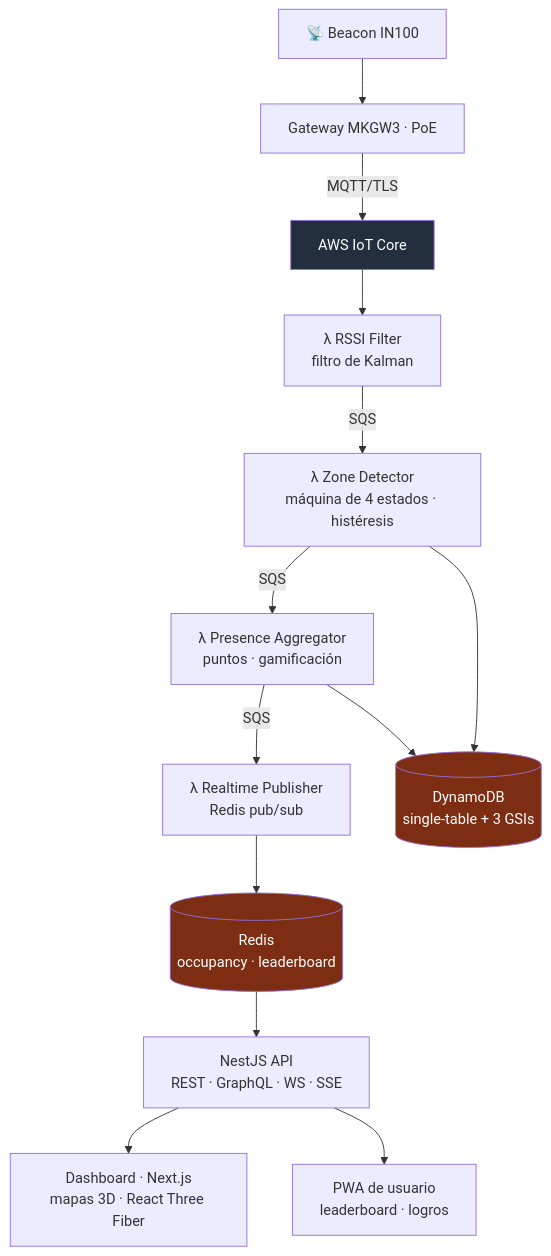
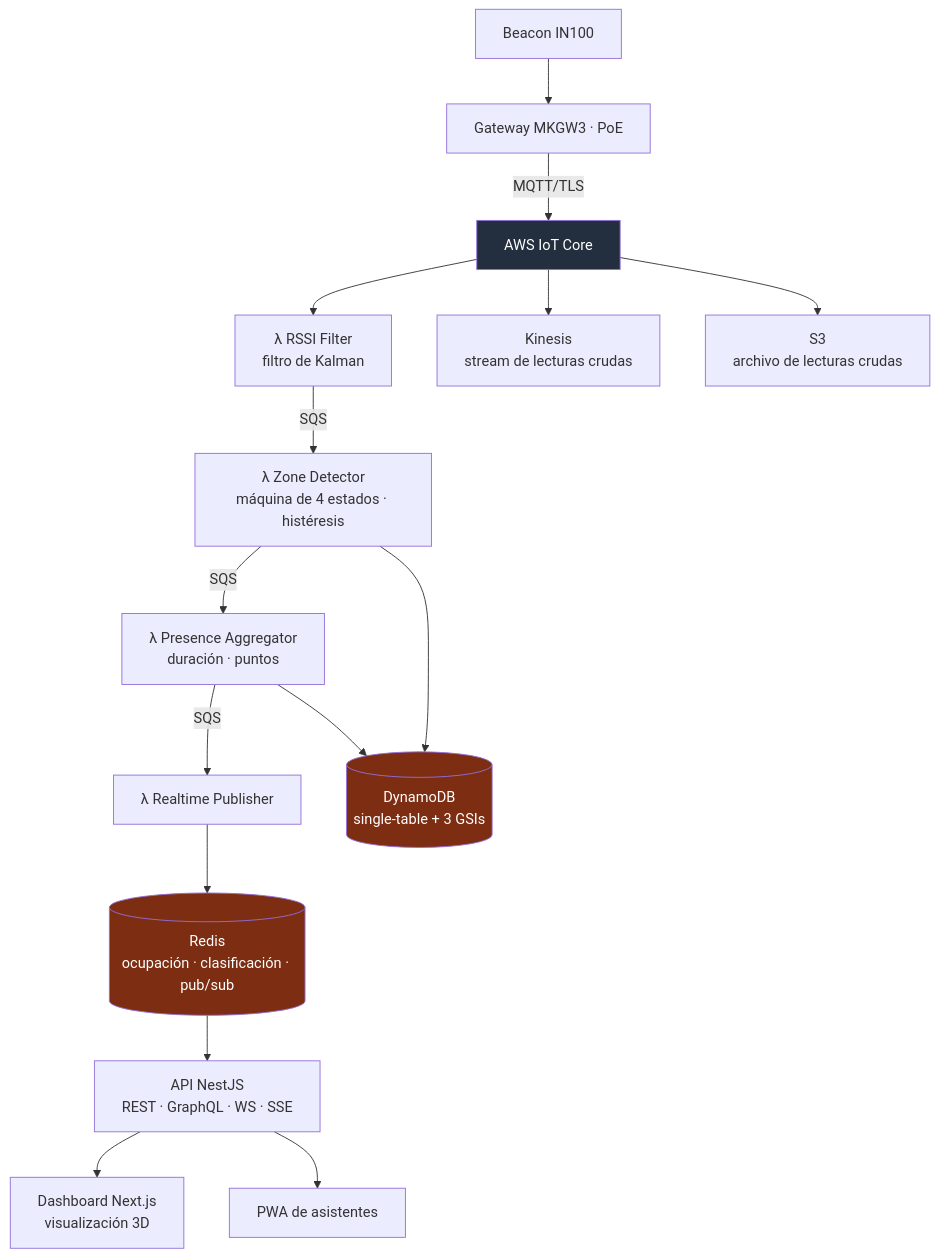
One commit to aleglope/production-systems-case-studies changed the diagram in projects/ble-presence.es.md. Above: the diagram before and after it, drawn with Mermaid. The commit also changed other lines of this file and 25 other files, not shown here.

````diff
--- a/projects/ble-presence.es.md
+++ b/projects/ble-presence.es.md
@@ -21,20 +27,21 @@
 ```mermaid
 flowchart TB
-    BLE["📡 Beacon IN100"] --> GW["Gateway MKGW3 · PoE"]
+    BLE["Beacon IN100"] --> GW["Gateway MKGW3 · PoE"]
     GW -- "MQTT/TLS" --> IOT["AWS IoT Core"]
     IOT --> L1["λ RSSI Filter<br/>filtro de Kalman"]
+    IOT --> KIN["Kinesis<br/>stream de lecturas crudas"]
+    IOT --> S3["S3<br/>archivo de lecturas crudas"]
     L1 -- SQS --> L2["λ Zone Detector<br/>máquina de 4 estados · histéresis"]
-    L2 -- SQS --> L3["λ Presence Aggregator<br/>puntos · gamificación"]
-    L3 -- SQS --> L4["λ Realtime Publisher<br/>Redis pub/sub"]
-
+    L2 -- SQS --> L3["λ Presence Aggregator<br/>duración · puntos"]
+    L3 -- SQS --> L4["λ Realtime Publisher"]
     L2 --> DDB[("DynamoDB<br/>single-table + 3 GSIs")]
     L3 --> DDB
-    L4 --> REDIS[("Redis<br/>occupancy · leaderboard")]
-    REDIS --> API["NestJS API<br/>REST · GraphQL · WS · SSE"]
-    API --> DASH["Dashboard · Next.js<br/>mapas 3D · React Three Fiber"]
-    API --> PWA["PWA de usuario<br/>leaderboard · logros"]
+    L4 --> REDIS[("Redis<br/>ocupación · clasificación · pub/sub")]
+    REDIS --> API["API NestJS<br/>REST · GraphQL · WS · SSE"]
+    API --> DASH["Dashboard Next.js<br/>visualización 3D"]
+    API --> PWA["PWA de asistentes"]
 
     style DDB fill:#7c2d12,color:#fff
     style REDIS fill:#7c2d12,color:#fff
     style IOT fill:#232F3E,color:#fff
 ```
````
